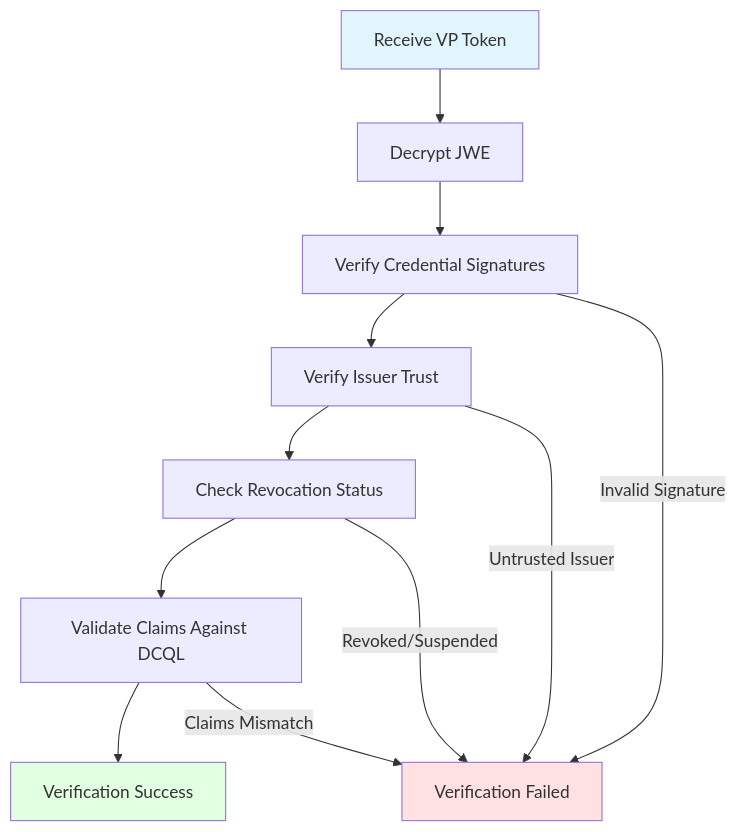
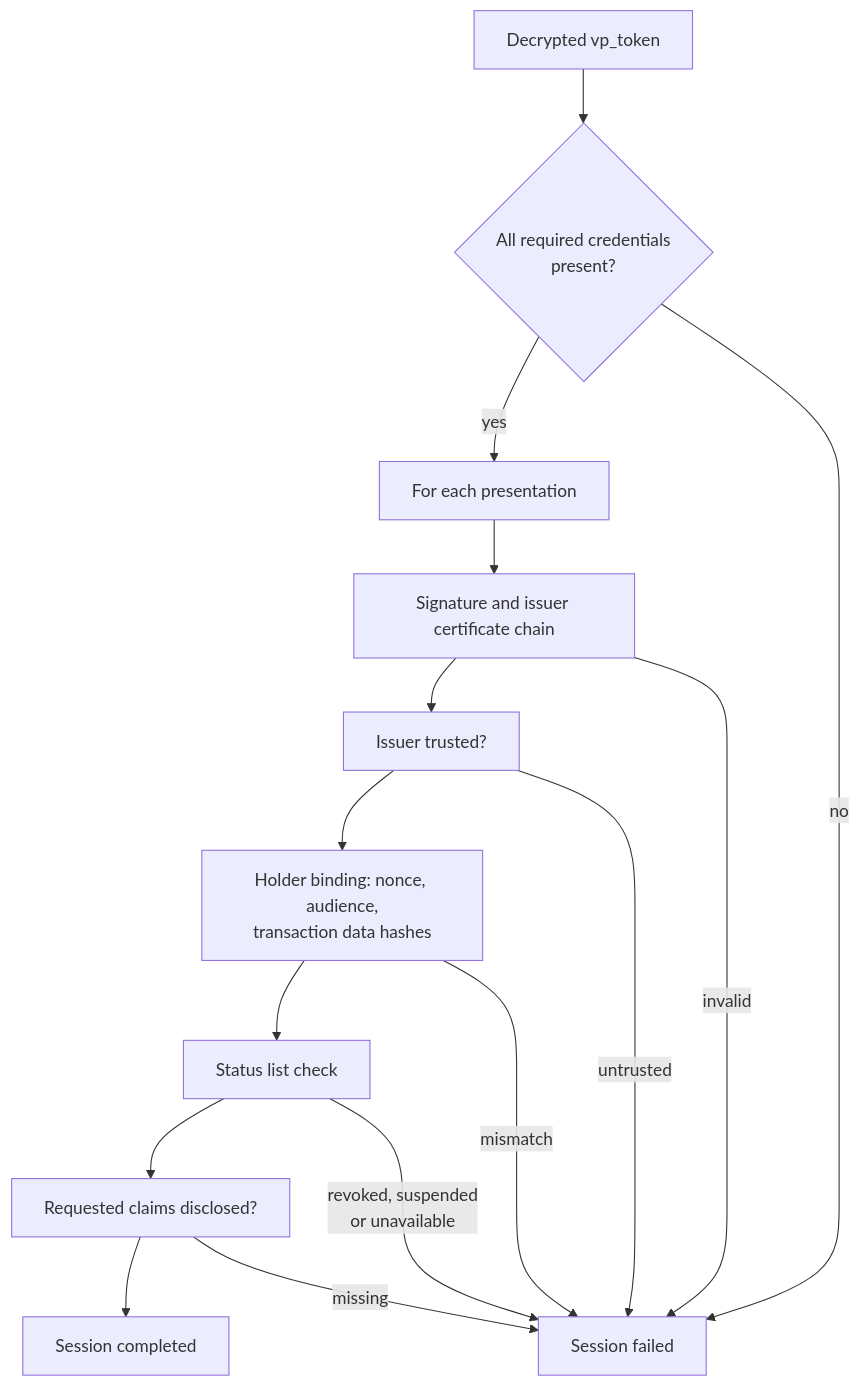
The second of 3 diagrams in apps/docs/docs/concepts/presentation.md (EUDIPLO/eudiplo), drawn with Mermaid before and after one commit. The commit also changed other lines of this file and 8 other files, not shown here.

````diff
--- a/apps/docs/docs/concepts/presentation.md
+++ b/apps/docs/docs/concepts/presentation.md
@@ -286,20 +82,17 @@
 ```mermaid
 flowchart TB
-    Start[Receive VP Token] --> Decrypt[Decrypt JWE]
-    Decrypt --> ValidateSig[Verify Credential Signatures]
-    ValidateSig --> ValidateTrust[Verify Issuer Trust]
-    ValidateTrust --> ValidateStatus[Check Revocation Status]
-    ValidateStatus --> ValidateClaims[Validate Claims Against DCQL]
-    ValidateClaims --> Success[Verification Success]
-
-    ValidateSig -->|Invalid Signature| Fail
-    ValidateTrust -->|Untrusted Issuer| Fail
-    ValidateStatus -->|Revoked/Suspended| Fail
-    ValidateClaims -->|Claims Mismatch| Fail
-
-    Fail[Verification Failed]
-
-    style Start fill:#e1f5ff
-    style Success fill:#e1ffe1
-    style Fail fill:#ffe1e1
+    R[Decrypted vp_token] --> C{All required credentials<br/>present?}
+    C -->|yes| P[For each presentation]
+    P --> S[Signature and issuer certificate chain]
+    S --> T[Issuer trusted?]
+    T --> H[Holder binding: nonce, audience,<br/>transaction data hashes]
+    H --> X[Status list check]
+    X --> Q[Requested claims disclosed?]
+    Q --> OK[Session completed]
+    C -->|no| F[Session failed]
+    S -->|invalid| F
+    T -->|untrusted| F
+    H -->|mismatch| F
+    X -->|revoked, suspended<br/>or unavailable| F
+    Q -->|missing| F
 ```
````
